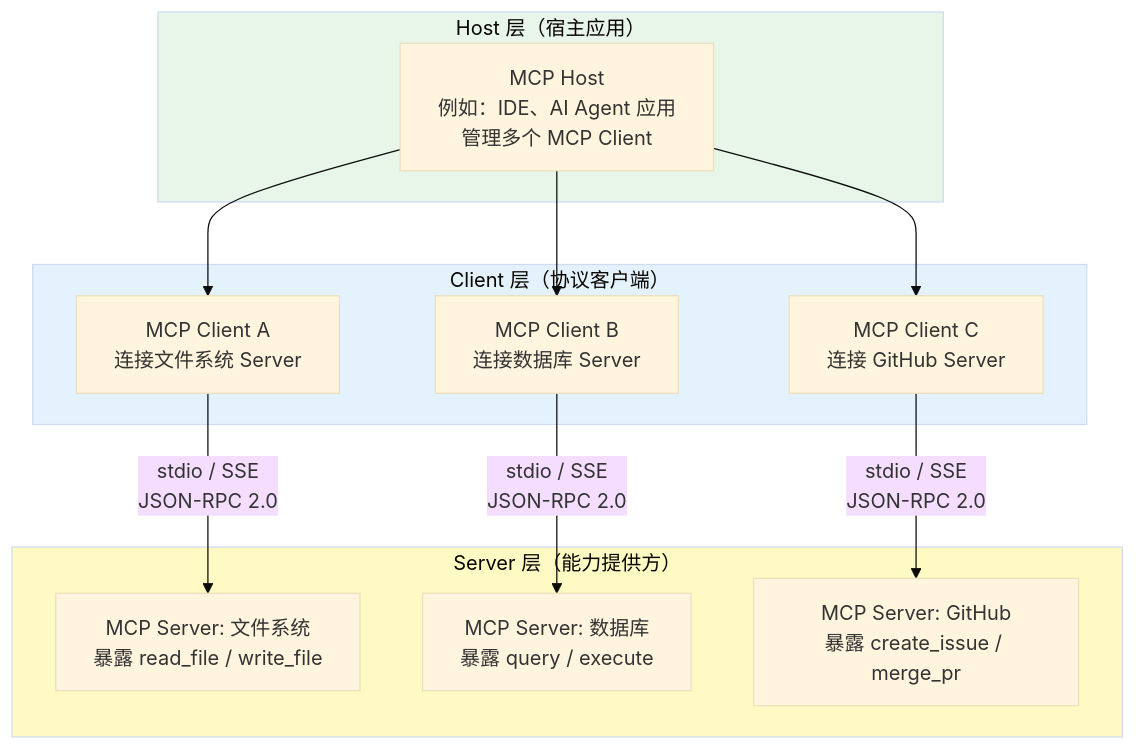
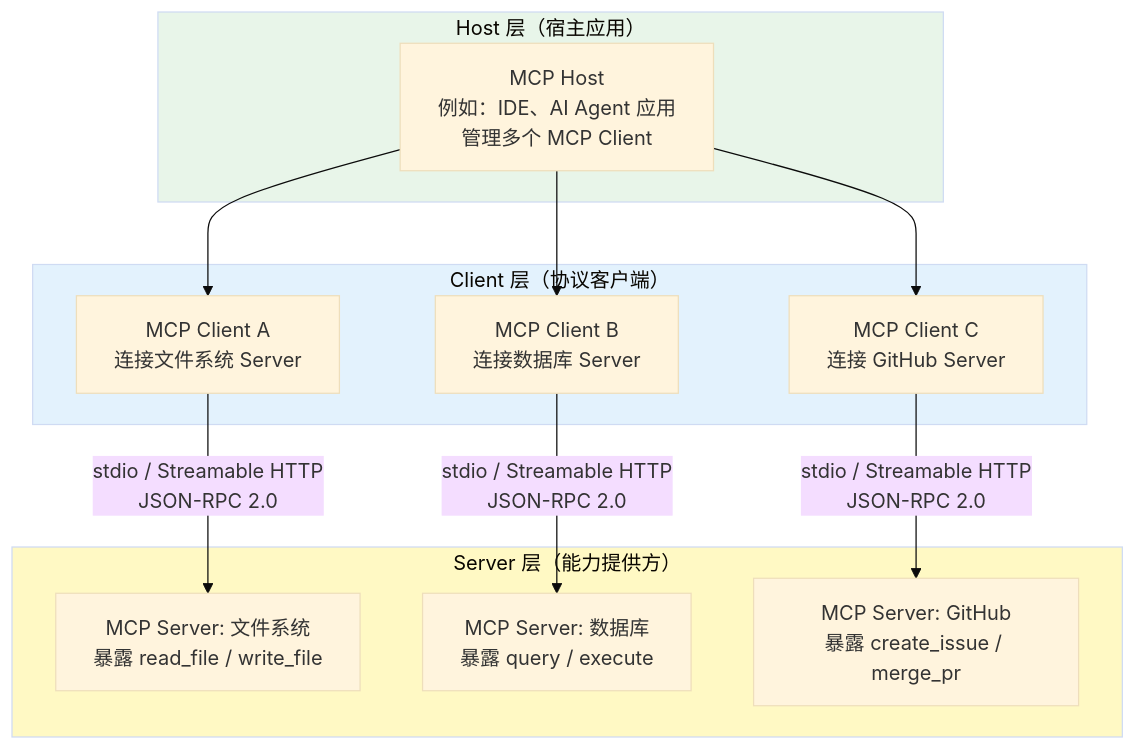
One commit to UranusGit/java-agent-learn changed the second of 10 diagrams in docs/教程/11-MCP协议.md. Above: the diagram before and after it, drawn with Mermaid (base theme). The commit also changed other lines of this file and 244 other files, not shown here.

````diff
--- a/docs/教程/11-MCP协议.md
+++ b/docs/教程/11-MCP协议.md
@@ -64,30 +66,30 @@
 ```mermaid
 graph TB
     subgraph Host层["Host 层（宿主应用）"]
         HOST["MCP Host<br/>例如：IDE、AI Agent 应用<br/>管理多个 MCP Client"]
     end
 
     subgraph Client层["Client 层（协议客户端）"]
         C1["MCP Client A<br/>连接文件系统 Server"]
         C2["MCP Client B<br/>连接数据库 Server"]
         C3["MCP Client C<br/>连接 GitHub Server"]
     end
 
     subgraph Server层["Server 层（能力提供方）"]
         S1["MCP Server: 文件系统<br/>暴露 read_file / write_file"]
         S2["MCP Server: 数据库<br/>暴露 query / execute"]
         S3["MCP Server: GitHub<br/>暴露 create_issue / merge_pr"]
     end
 
     HOST --> C1
     HOST --> C2
     HOST --> C3
 
-    C1 -->|"stdio / SSE<br/>JSON-RPC 2.0"| S1
-    C2 -->|"stdio / SSE<br/>JSON-RPC 2.0"| S2
-    C3 -->|"stdio / SSE<br/>JSON-RPC 2.0"| S3
+    C1 -->|"stdio / Streamable HTTP<br/>JSON-RPC 2.0"| S1
+    C2 -->|"stdio / Streamable HTTP<br/>JSON-RPC 2.0"| S2
+    C3 -->|"stdio / Streamable HTTP<br/>JSON-RPC 2.0"| S3
 
     style Host层 fill:#e8f5e9
     style Client层 fill:#e3f2fd
     style Server层 fill:#fff9c4
 ```
````
